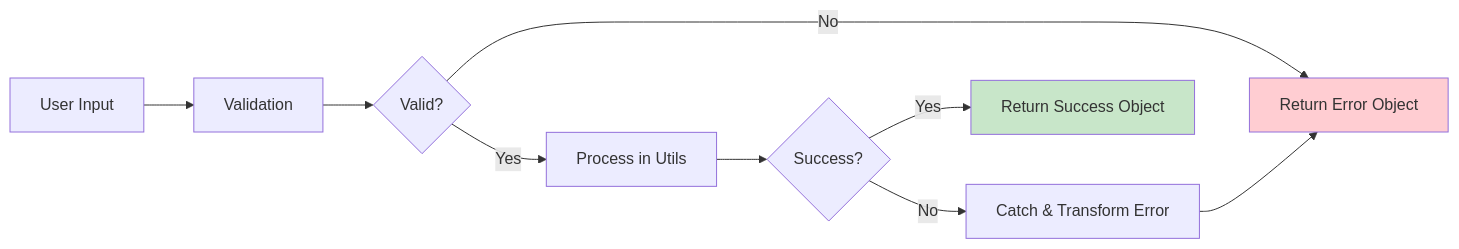
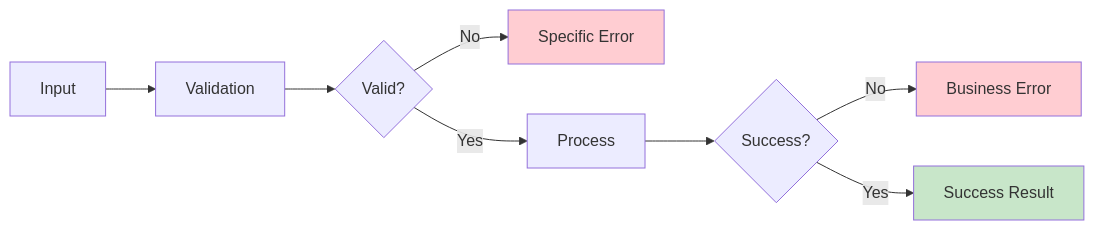
The fourth of 4 diagrams in docs/ARCHITECTURE.md (Rrayor/ai-watch), drawn with Mermaid before and after one commit. The commit also changed other lines of this file and 8 other files, not shown here.

````diff
--- a/docs/ARCHITECTURE.md
+++ b/docs/ARCHITECTURE.md
@@ -284,14 +199,14 @@
 ```mermaid
 graph LR
-    A[User Input] --> B[Validation]
+    A[Input] --> B[Validation]
     B --> C{Valid?}
-    C -->|No| D[Return Error Object]
-    C -->|Yes| E[Process in Utils]
+    C -->|No| D[Specific Error]
+    C -->|Yes| E[Process]
     E --> F{Success?}
-    F -->|No| G[Catch & Transform Error]
-    F -->|Yes| H[Return Success Object]
-    G --> D
+    F -->|No| G[Business Error]
+    F -->|Yes| H[Success Result]
 
     style D fill:#ffcdd2
+    style G fill:#ffcdd2
     style H fill:#c8e6c9
 ```
````
